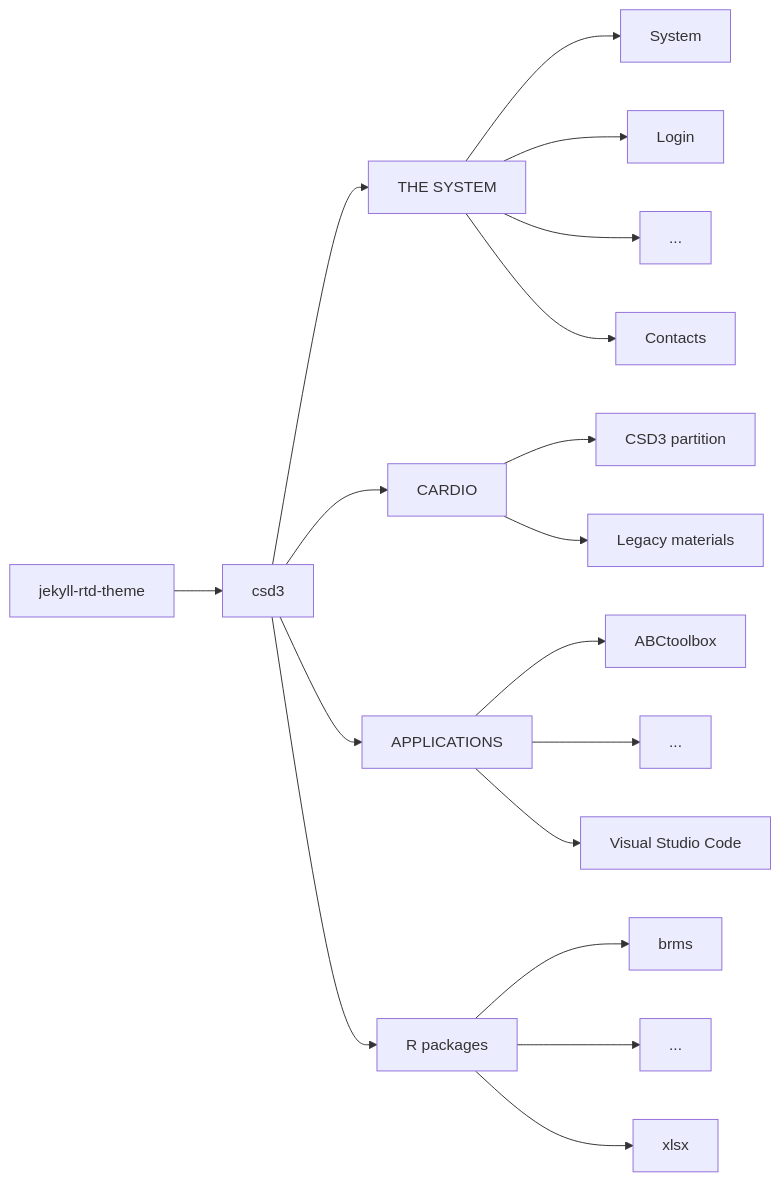
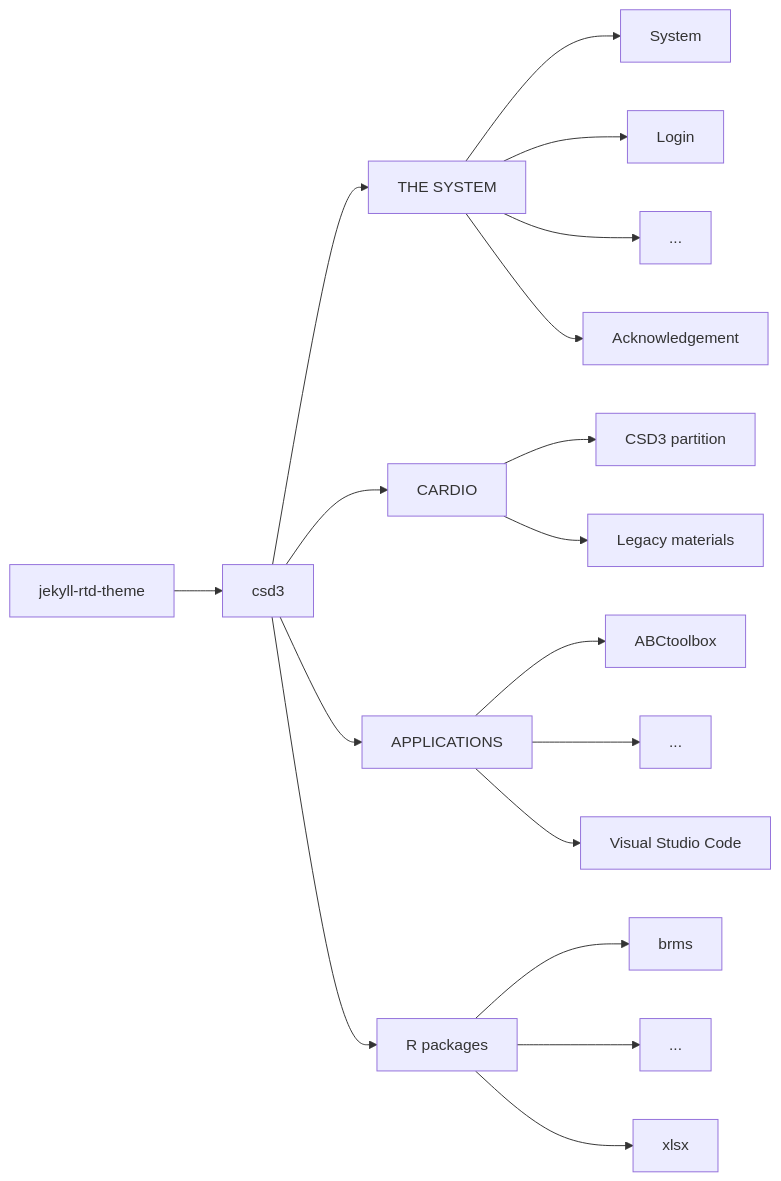
The diagram in README.md (cambridge-ceu/csd3), drawn with Mermaid before and after one commit.

Commit message:
README.md

````diff
--- a/README.md
+++ b/README.md
@@ -10,20 +10,20 @@
 ```mermaid
 graph LR;
 jekyll-rtd-theme --> csd3
 csd3 --> system["THE SYSTEM"]
 csd3 --> cardio["CARDIO"]
 csd3 --> applications["APPLICATIONS"]
 csd3 --> R["R packages"]
 system --> System
 system --> Login
 system --> sysdot["..."]
-system --> Contacts
+system --> Acknowledgement
 cardio --> cp["CSD3 partition"]
 cardio --> lm["Legacy materials"]
 applications --> ABCtoolbox
 applications --> appdot["..."]
 applications --> vsc["Visual Studio Code"]
 R --> brms
 R --> Rdot["..."]
 R --> xlsx
 ```
````
